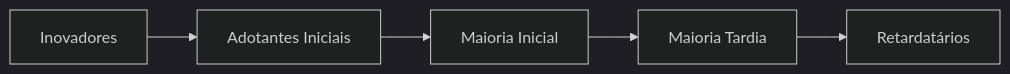
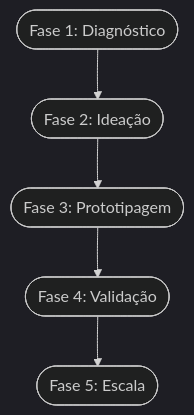
Before and after one commit to ricardotecpro/adm_gestao_dmn: the diagram in docs/slides/src/slide-04.md, drawn with Mermaid (dark theme). The commit also changed other lines of this file and 171 other files, not shown here.

````diff
--- a/docs/slides/src/slide-04.md
+++ b/docs/slides/src/slide-04.md
@@ -87,7 +67,7 @@
 ```mermaid
-graph LR
-    A["Inovadores"] --> B["Adotantes Iniciais"]
-    B --> C["Maioria Inicial"]
-    C --> D["Maioria Tardia"]
-    D --> E["Retardatários"]
+graph TD
+    A(["Fase 1: Diagnóstico"]) --> B(["Fase 2: Ideação"])
+    B --> C(["Fase 3: Prototipagem"])
+    C --> D(["Fase 4: Validação"])
+    D --> E(["Fase 5: Escala"])
 ```
````
